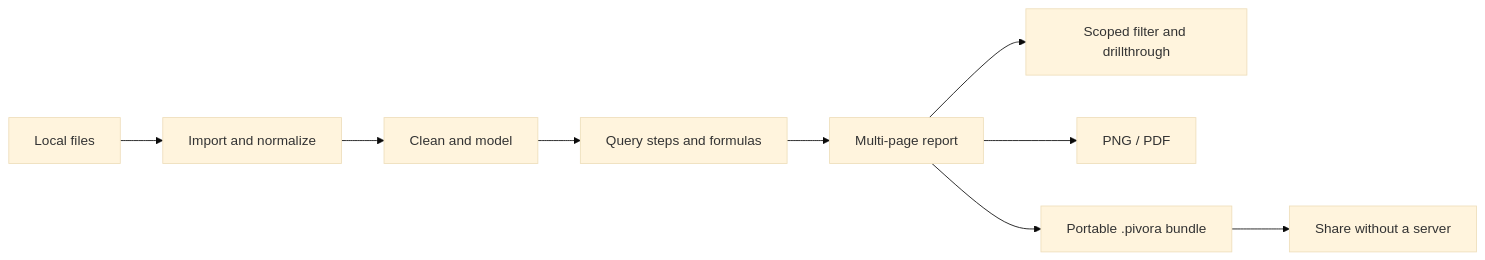
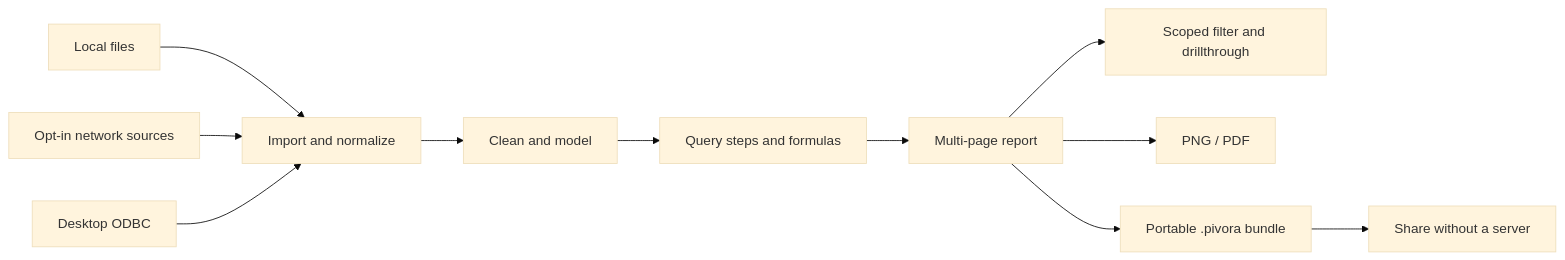
Before and after one commit to mohui666/pivora: the diagram in README.md, drawn with Mermaid (base theme). The commit also changed other lines of this file and 19 other files, not shown here.

````diff
--- a/README.md
+++ b/README.md
@@ -56,11 +58,13 @@
 ```mermaid
 flowchart LR
     A[Local files] --> B[Import and normalize]
+    N[Opt-in network sources] --> B
+    O[Desktop ODBC] --> B
     B --> C[Clean and model]
     C --> D[Query steps and formulas]
     D --> E[Multi-page report]
     E --> F[Scoped filter and drillthrough]
     E --> G[PNG / PDF]
     E --> H[Portable .pivora bundle]
     H --> I[Share without a server]
 ```
````
